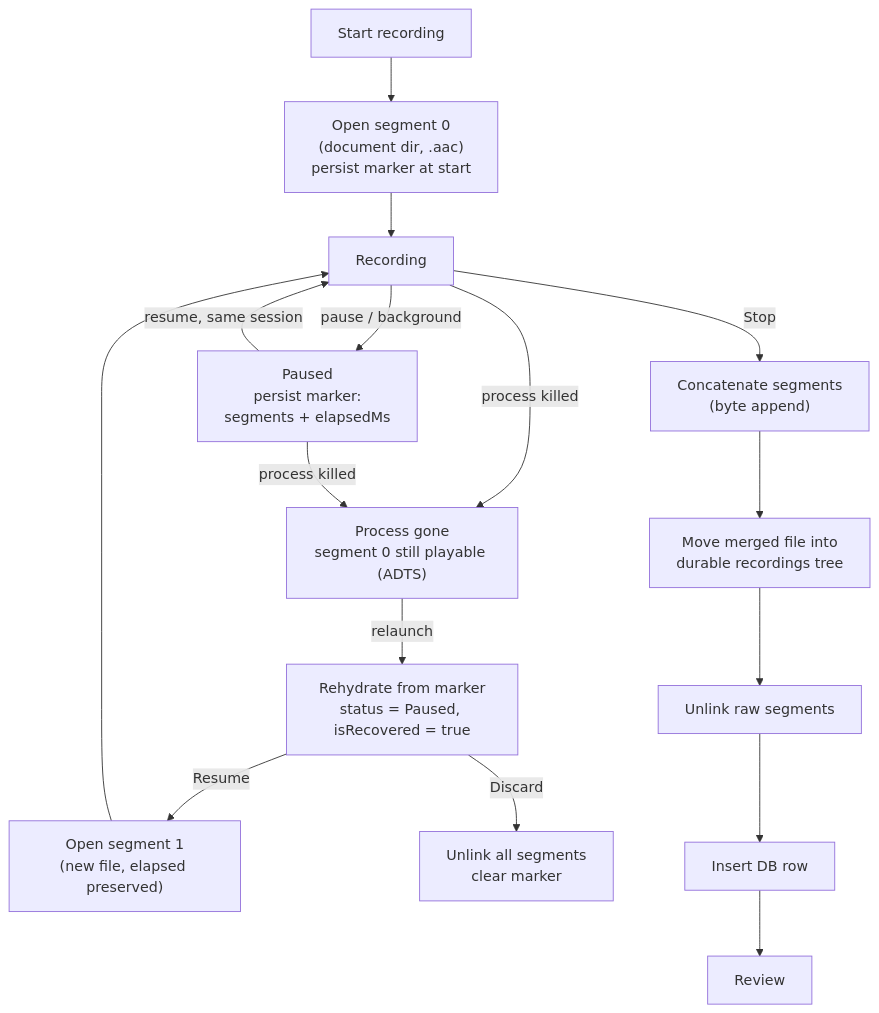
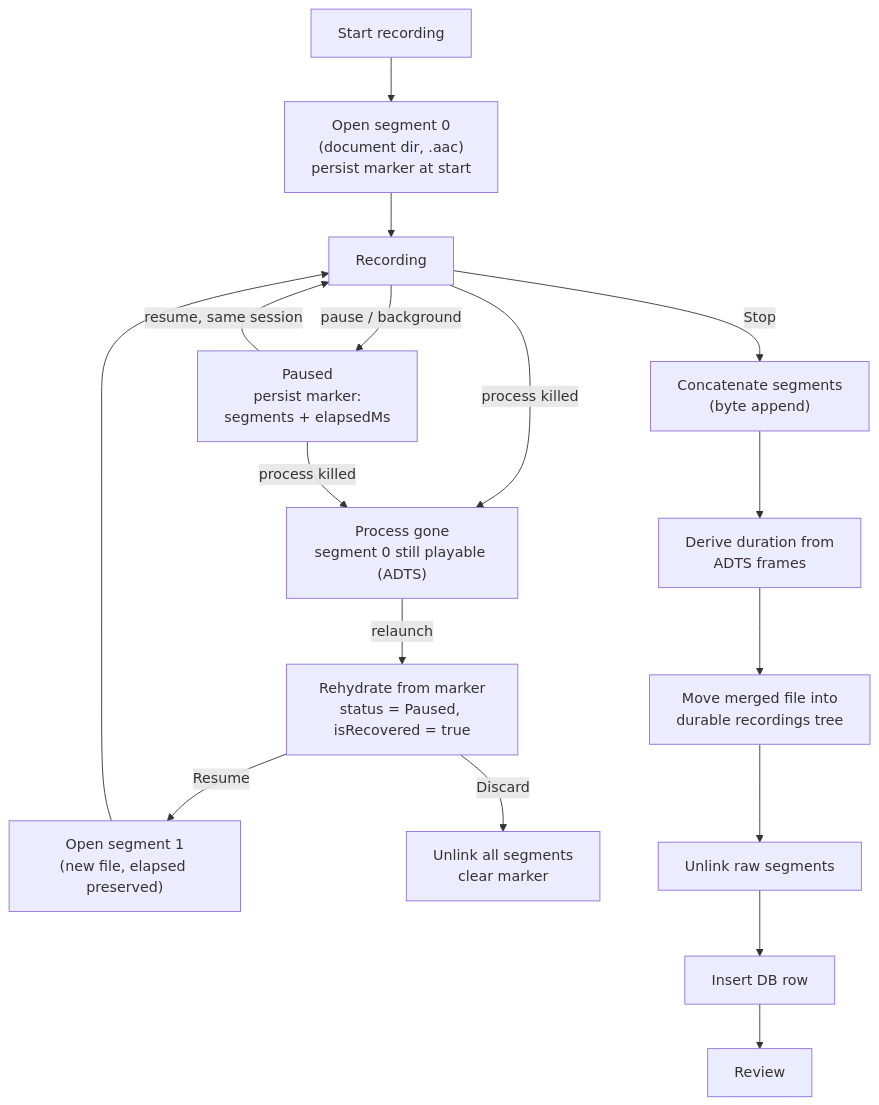
One commit to eten-tech-foundation/fluent-mobile changed the diagram in docs/recording-kill-resilience.md. Above: the diagram before and after it, drawn with Mermaid. The commit also changed other lines of this file, not shown here.

First line of the commit message:
[#49]: Document audio-derived duration at commit time

````diff
--- a/docs/recording-kill-resilience.md
+++ b/docs/recording-kill-resilience.md
@@ -45,21 +45,22 @@
 ```mermaid
 flowchart TD
     start["Start recording"] --> seg0["Open segment 0<br/>(document dir, .aac)<br/>persist marker at start"]
     seg0 --> rec["Recording"]
     rec -->|pause / background| paused["Paused<br/>persist marker:<br/>segments + elapsedMs"]
     paused -->|resume, same session| rec
 
     rec -->|process killed| dead["Process gone<br/>segment 0 still playable (ADTS)"]
     paused -->|process killed| dead
 
     dead -->|relaunch| rehydrate["Rehydrate from marker<br/>status = Paused, isRecovered = true"]
     rehydrate -->|Resume| seg1["Open segment 1<br/>(new file, elapsed preserved)"]
     rehydrate -->|Discard| discard["Unlink all segments<br/>clear marker"]
     seg1 --> rec
 
     rec -->|Stop| concat["Concatenate segments<br/>(byte append)"]
-    concat --> move["Move merged file into<br/>durable recordings tree"]
+    concat --> probe["Derive duration from<br/>ADTS frames"]
+    probe --> move["Move merged file into<br/>durable recordings tree"]
     move --> cleanup["Unlink raw segments"]
     cleanup --> insert["Insert DB row"]
     insert --> review["Review"]
 ```
````
